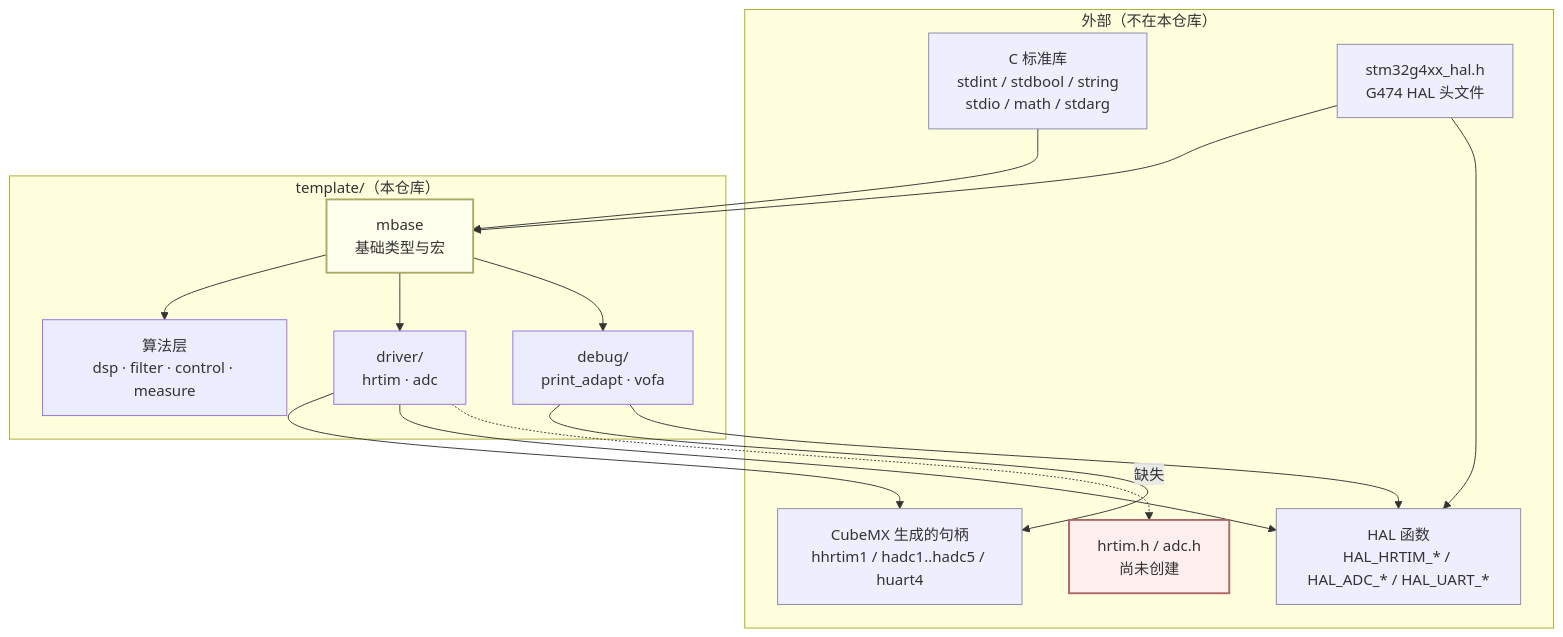
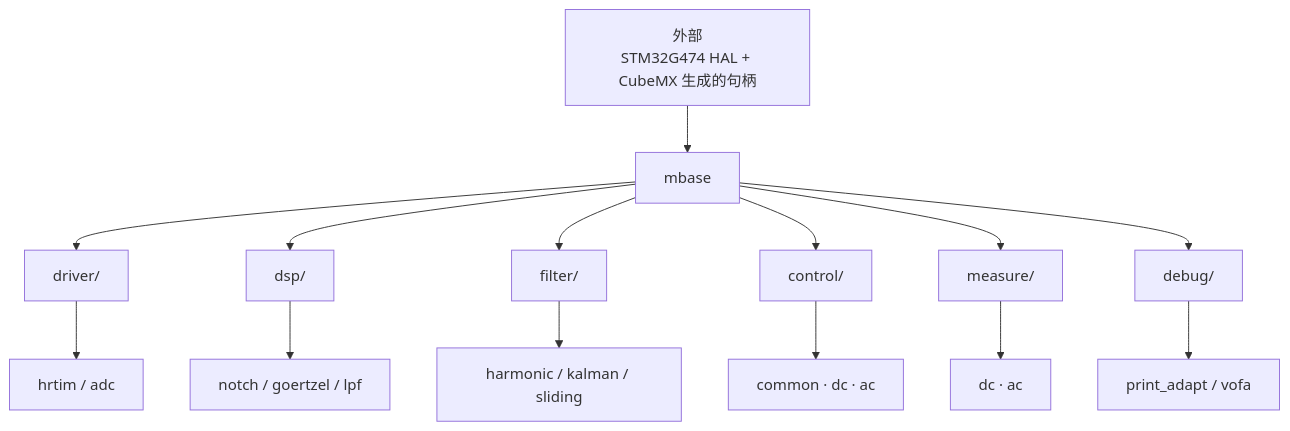
The first of 3 diagrams in README.md (Gold-RsC/diansai_learning), drawn with Mermaid before and after one commit. The commit also changed other lines of this file, not shown here.

First line of the commit message:
docs: README 依赖图简化

````diff
--- a/README.md
+++ b/README.md
@@ -16,39 +15,20 @@
 ```mermaid
 flowchart TD
-    subgraph EXT["外部（不在本仓库）"]
-        STD["C 标准库<br/>stdint / stdbool / string<br/>stdio / math / stdarg"]
-        HALH["stm32g4xx_hal.h<br/>G474 HAL 头文件"]
-        HALF["HAL 函数<br/>HAL_HRTIM_* / HAL_ADC_* / HAL_UART_*"]
-        HDL["CubeMX 生成的句柄<br/>hhrtim1 / hadc1..hadc5 / huart4"]
-        MISS["hrtim.h / adc.h<br/>尚未创建"]
-    end
+    EXT["外部<br/>STM32G474 HAL + CubeMX 生成的句柄"]
 
-    subgraph TPL["template/（本仓库）"]
-        MB["mbase<br/>基础类型与宏"]
-        DRV["driver/<br/>hrtim · adc"]
-        ALG["算法层<br/>dsp · filter · control · measure"]
-        DBG["debug/<br/>print_adapt · vofa"]
-    end
+    EXT --> MB["mbase"]
 
-    STD  --> MB
-    HALH --> MB
-    HALH --> HALF
+    MB --> DRV["driver/"]
+    MB --> DSP["dsp/"]
+    MB --> FIL["filter/"]
+    MB --> CTRL["control/"]
+    MB --> MEAS["measure/"]
+    MB --> DBG["debug/"]
 
-    MB  --> ALG
-    MB  --> DRV
-    MB  --> DBG
-
-    DRV --> HDL
-    DRV --> HALF
-    DBG --> HDL
-    DBG --> HALF
-
-    DRV -.->|缺失| MISS
-
-    classDef ext fill:#eef,stroke:#88a
-    classDef miss fill:#fee,stroke:#a66,stroke-width:2px
-    classDef hub fill:#ffe,stroke:#aa6,stroke-width:2px
-    class STD,HALH,HALF,HDL ext
-    class MISS miss
-    class MB hub
+    DRV  --> DRV1["hrtim / adc"]
+    DSP  --> DSP1["notch / goertzel / lpf"]
+    FIL  --> FIL1["harmonic / kalman / sliding"]
+    CTRL --> CTRL1["common · dc · ac"]
+    MEAS --> MEAS1["dc · ac"]
+    DBG  --> DBG1["print_adapt / vofa"]
 ```
````
